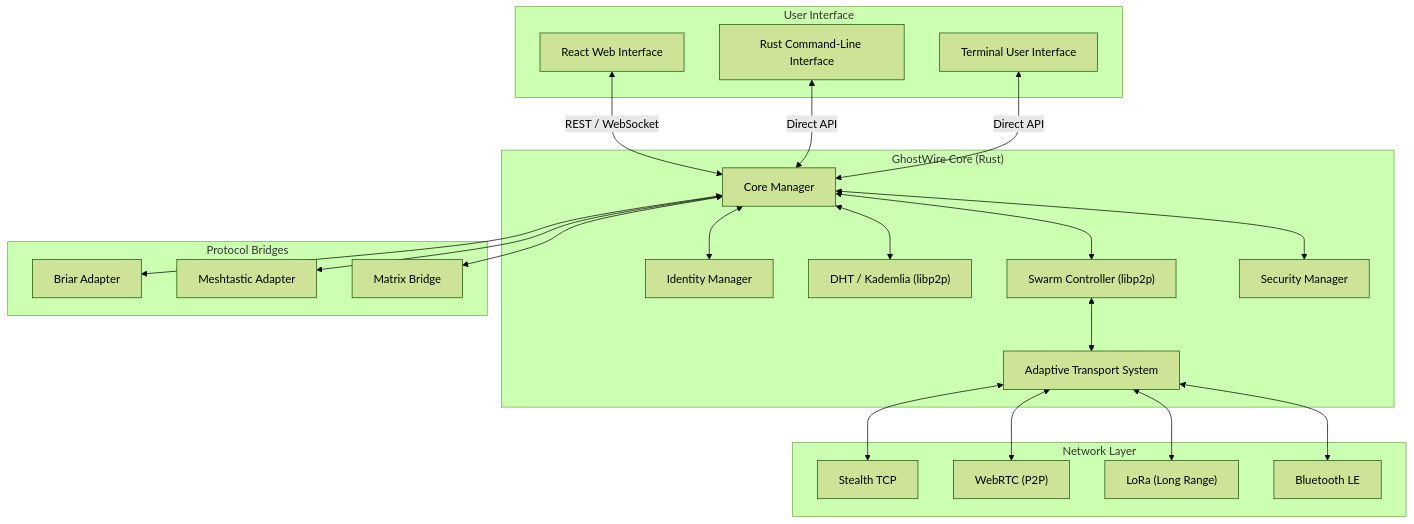
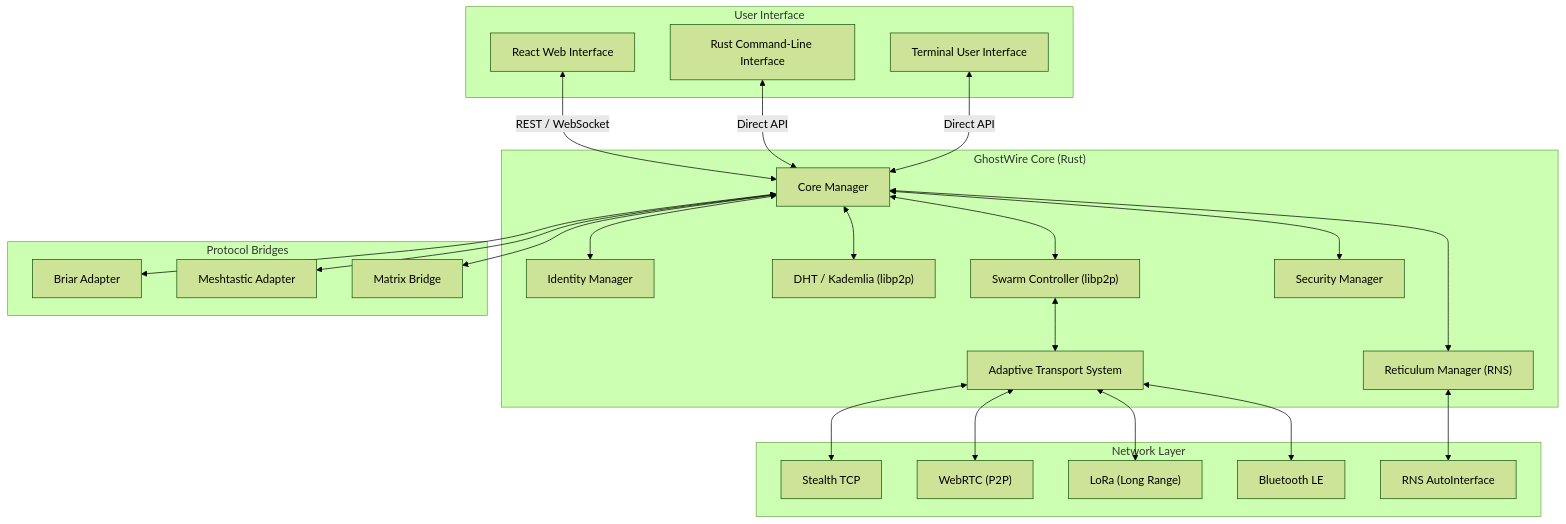
Before and after one commit to Phantomojo/GhostWire-secure-mesh-communication: the diagram in README.md, drawn with Mermaid (forest theme). The commit also changed other lines of this file and 54 other files, not shown here.

````diff
--- a/README.md
+++ b/README.md
@@ -163,49 +165,54 @@
 ```mermaid
 graph TD;
   subgraph "User Interface"
     WebUI["React Web Interface"]
     CLI["Rust Command-Line Interface"]
     TUI["Terminal User Interface"]
   end
 
   subgraph "GhostWire Core (Rust)"
     Core["Core Manager"]
     Identity["Identity Manager"]
     Kademlia["DHT / Kademlia (libp2p)"]
     Swarm["Swarm Controller (libp2p)"]
     Security["Security Manager"]
     Transport["Adaptive Transport System"]
+    Reticulum["Reticulum Manager (RNS)"]
   end
 
   subgraph "Network Layer"
     TCP["Stealth TCP"]
     WebRTC["WebRTC (P2P)"]
     LoRa["LoRa (Long Range)"]
     BT["Bluetooth LE"]
+    RNS["RNS AutoInterface"]
   end
 
   subgraph "Protocol Bridges"
     Briar["Briar Adapter"]
     Meshtastic["Meshtastic Adapter"]
     Matrix["Matrix Bridge"]
   end
 
   WebUI <-->|REST / WebSocket| Core
   CLI <-->|Direct API| Core
   TUI <-->|Direct API| Core
 
   Core <--> Identity
   Core <--> Kademlia
   Core <--> Swarm
   Core <--> Security
 
   Swarm <--> Transport
   Transport <--> TCP
   Transport <--> WebRTC
   Transport <--> LoRa
   Transport <--> BT
 
+  Core <--> Reticulum
+  Reticulum <--> RNS
+
   Core <--> Briar
   Core <--> Meshtastic
   Core <--> Matrix
 ```
````
